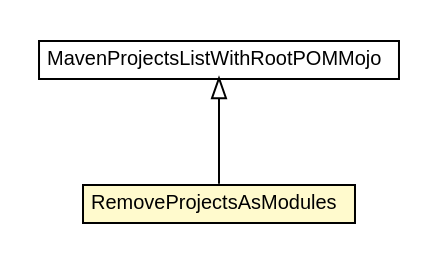
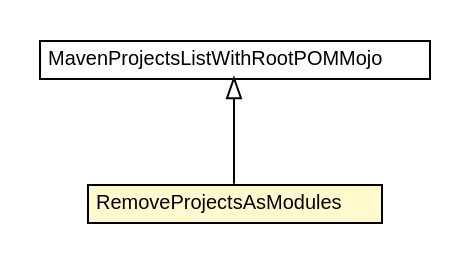
One commit to fastconnect/tibco-factory changed the diagram in bw-maven-plugin/apidocs/fr/fastconnect/factory/tibco/bw/maven/source/RemoveProjectsAsModules.dot. Above: the diagram before and after it, drawn with Graphviz. The commit also changed 380 other files, not shown here.

```diff
--- a/bw-maven-plugin/apidocs/fr/fastconnect/factory/tibco/bw/maven/source/RemoveProjectsAsModules.dot
+++ b/bw-maven-plugin/apidocs/fr/fastconnect/factory/tibco/bw/maven/source/RemoveProjectsAsModules.dot
@@ -1,26 +1,26 @@
 #!/usr/local/bin/dot
 #
 # Class diagram 
 # Generated by UMLGraph version R5_6-24-gf6e263 (http://www.umlgraph.org/)
 #
 
 digraph G {
-	edge [fontname="arial",fontsize=10,labelfontname="arial",labelfontsize=10];
-	node [fontname="arial",fontsize=10,shape=plaintext];
+	edge [fontname="Helvetica",fontsize=10,labelfontname="Helvetica",labelfontsize=10];
+	node [fontname="Helvetica",fontsize=10,shape=plaintext];
 	nodesep=0.25;
 	ranksep=0.5;
+	// fr.fastconnect.factory.tibco.bw.maven.source.MavenProjectsListWithRootPOMMojo
+	c3918 [label=<<table title="fr.fastconnect.factory.tibco.bw.maven.source.MavenProjectsListWithRootPOMMojo" border="0" cellborder="1" cellspacing="0" cellpadding="2" port="p" href="./MavenProjectsListWithRootPOMMojo.html">
+		<tr><td><table border="0" cellspacing="0" cellpadding="1">
+<tr><td align="center" balign="center"> MavenProjectsListWithRootPOMMojo </td></tr>
+		</table></td></tr>
+		</table>>, URL="./MavenProjectsListWithRootPOMMojo.html", fontname="Helvetica", fontcolor="black", fontsize=10.0];
 	// fr.fastconnect.factory.tibco.bw.maven.source.RemoveProjectsAsModules
-	c3708 [label=<<table title="fr.fastconnect.factory.tibco.bw.maven.source.RemoveProjectsAsModules" border="0" cellborder="1" cellspacing="0" cellpadding="2" port="p" bgcolor="lemonChiffon" href="./RemoveProjectsAsModules.html">
+	c3923 [label=<<table title="fr.fastconnect.factory.tibco.bw.maven.source.RemoveProjectsAsModules" border="0" cellborder="1" cellspacing="0" cellpadding="2" port="p" bgcolor="lemonChiffon" href="./RemoveProjectsAsModules.html">
 		<tr><td><table border="0" cellspacing="0" cellpadding="1">
 <tr><td align="center" balign="center"> RemoveProjectsAsModules </td></tr>
 		</table></td></tr>
-		</table>>, URL="./RemoveProjectsAsModules.html", fontname="arial", fontcolor="black", fontsize=10.0];
-	// fr.fastconnect.factory.tibco.bw.maven.source.MavenProjectsListWithRootPOMMojo
-	c3712 [label=<<table title="fr.fastconnect.factory.tibco.bw.maven.source.MavenProjectsListWithRootPOMMojo" border="0" cellborder="1" cellspacing="0" cellpadding="2" port="p" href="./MavenProjectsListWithRootPOMMojo.html">
-		<tr><td><table border="0" cellspacing="0" cellpadding="1">
-<tr><td align="center" balign="center"> MavenProjectsListWithRootPOMMojo </td></tr>
-		</table></td></tr>
-		</table>>, URL="./MavenProjectsListWithRootPOMMojo.html", fontname="arial", fontcolor="black", fontsize=10.0];
+		</table>>, URL="./RemoveProjectsAsModules.html", fontname="Helvetica", fontcolor="black", fontsize=10.0];
 	//fr.fastconnect.factory.tibco.bw.maven.source.RemoveProjectsAsModules extends fr.fastconnect.factory.tibco.bw.maven.source.MavenProjectsListWithRootPOMMojo
-	c3712:p -> c3708:p [dir=back,arrowtail=empty];
+	c3918:p -> c3923:p [dir=back,arrowtail=empty];
 }
```
